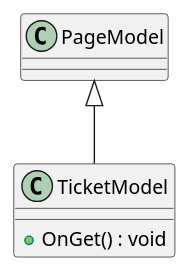
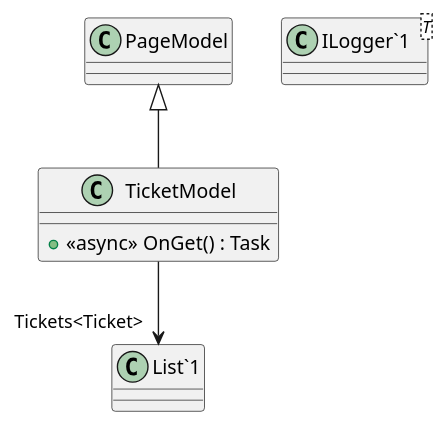
The diagram in puml/Pages/Ticket.cshtml.puml (lh1207/AeroAssist), drawn with PlantUML before and after one commit. The commit also changed 13 other files, not shown here.

Commit message:
Generate PlantUML diagram

```diff
--- a/puml/Pages/Ticket.cshtml.puml
+++ b/puml/Pages/Ticket.cshtml.puml
@@ -1,6 +1,9 @@
 @startuml
 class TicketModel {
-    + OnGet() : void
+    + <<async>> OnGet() : Task
+}
+class "ILogger`1"<T> {
 }
 PageModel <|-- TicketModel
+TicketModel --> "Tickets<Ticket>" "List`1"
 @enduml
```
